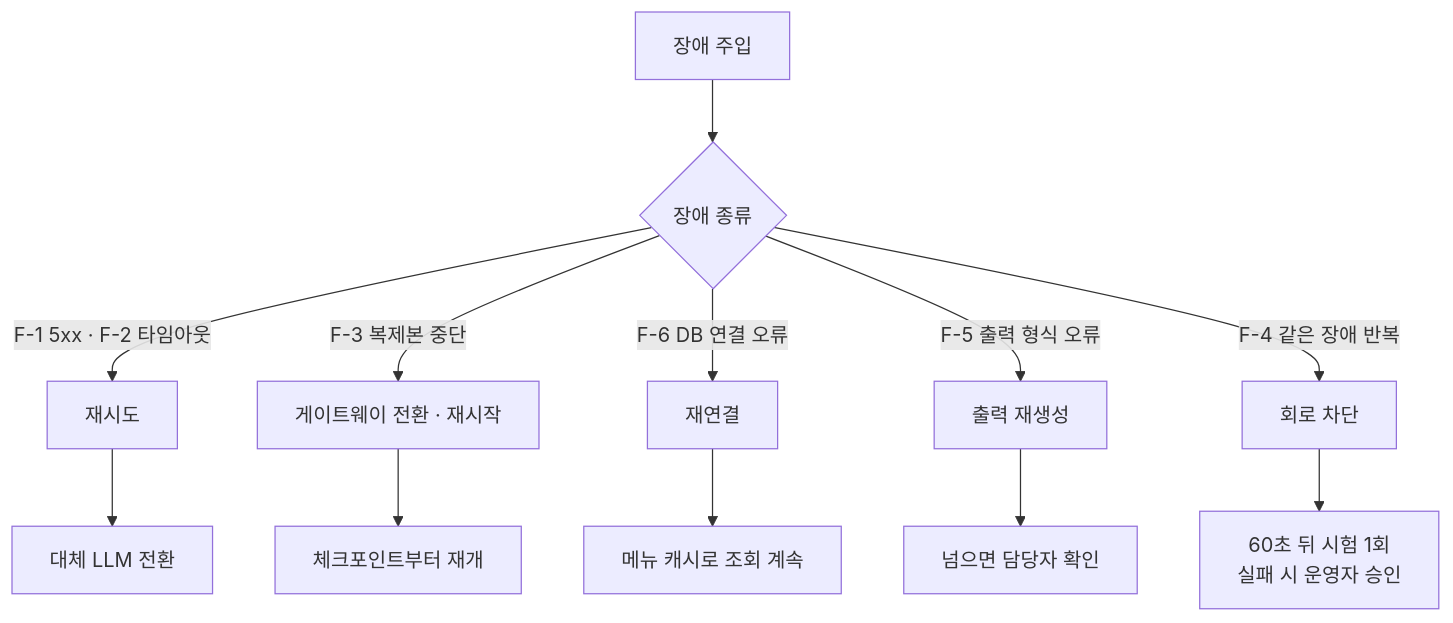
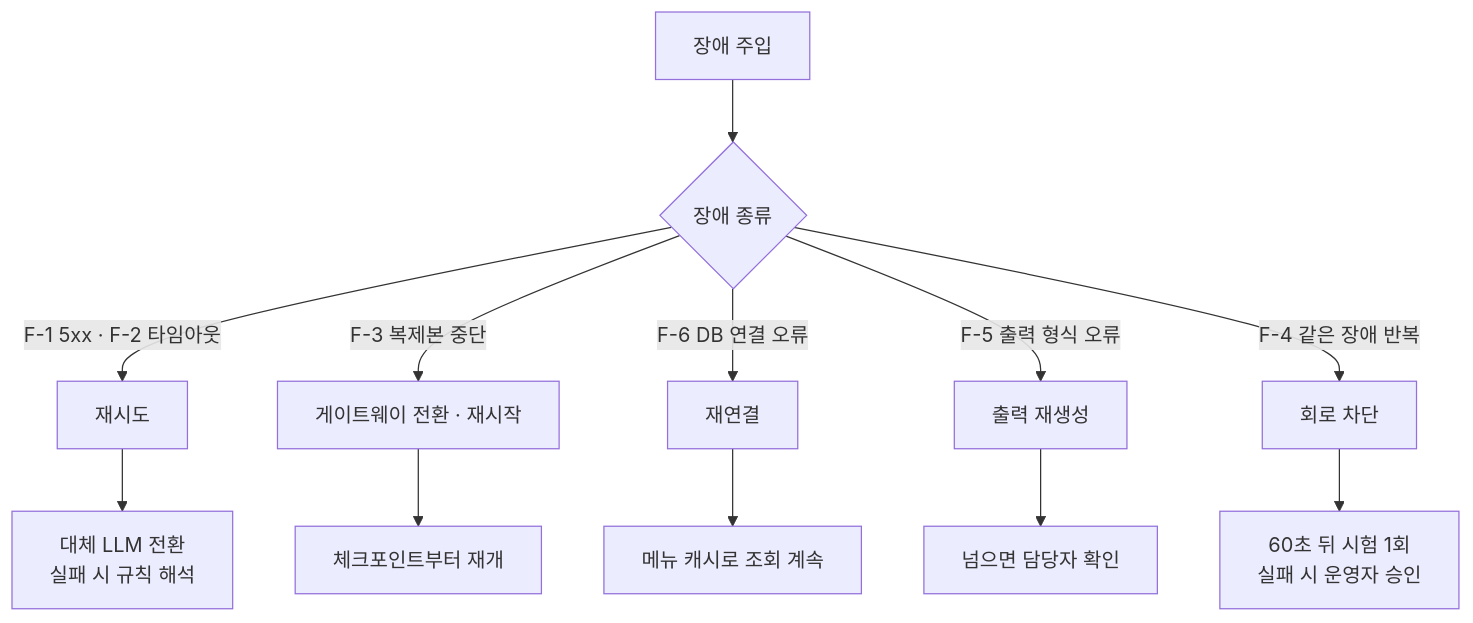
One commit to 931njhthe-star/moa changed the sixth of 8 diagrams in docs/기획서.md. Above: the diagram before and after it, drawn with Mermaid. The commit also changed other lines of this file and 1 other file, not shown here.

````diff
--- a/docs/기획서.md
+++ b/docs/기획서.md
@@ -240,9 +265,9 @@
 ```mermaid
 flowchart TD
     I["장애 주입"] --> T{"장애 종류"}
-    T -->|"F-1 5xx · F-2 타임아웃"| R1["재시도"] --> S1["대체 LLM 전환"]
+    T -->|"F-1 5xx · F-2 타임아웃"| R1["재시도"] --> S1["대체 LLM 전환<br/>실패 시 규칙 해석"]
     T -->|"F-3 복제본 중단"| R2["게이트웨이 전환 · 재시작"] --> S2["체크포인트부터 재개"]
     T -->|"F-6 DB 연결 오류"| R3["재연결"] --> S3["메뉴 캐시로 조회 계속"]
     T -->|"F-5 출력 형식 오류"| R4["출력 재생성"] --> S4["넘으면 담당자 확인"]
     T -->|"F-4 같은 장애 반복"| R5["회로 차단"] --> S5["60초 뒤 시험 1회<br/>실패 시 운영자 승인"]
 ```
````
